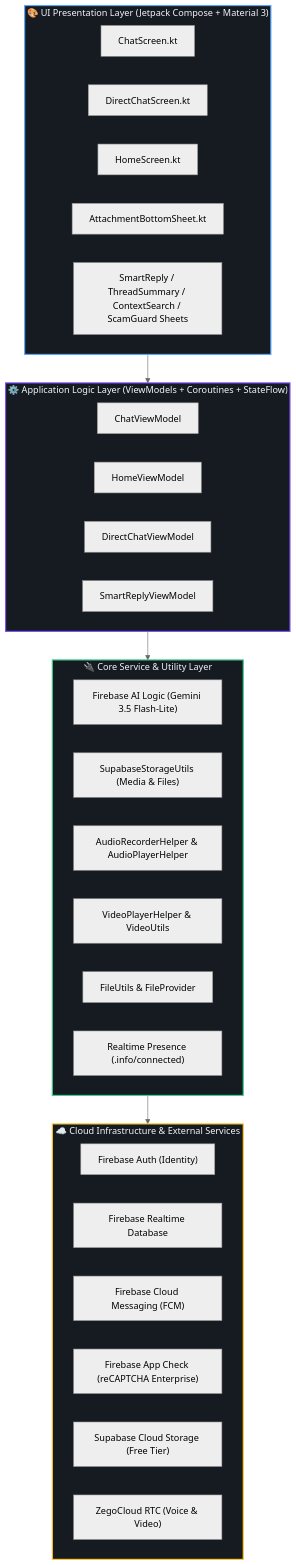
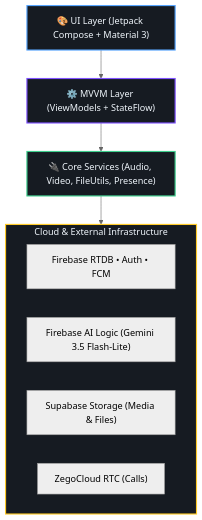
Before and after one commit to programmer-kunal/KChat: the second of 2 diagrams in README.md, drawn with Mermaid (neutral theme). The commit also changed other lines of this file, not shown here.

````diff
--- a/README.md
+++ b/README.md
@@ -411,44 +268,19 @@
 ```mermaid
 flowchart TD
-    subgraph UI_Layer["🎨 UI Presentation Layer (Jetpack Compose + Material 3)"]
-        ChatScreen["ChatScreen.kt"]
-        DirectChatScreen["DirectChatScreen.kt"]
-        HomeScreen["HomeScreen.kt"]
-        AttachmentSheet["AttachmentBottomSheet.kt"]
-        AISheet["SmartReply / ThreadSummary / ContextSearch / ScamGuard Sheets"]
+    UI["🎨 UI Layer (Jetpack Compose + Material 3)"] --> VM["⚙️ MVVM Layer (ViewModels + StateFlow)"]
+    VM --> CORE["🔌 Core Services (Audio, Video, FileUtils, Presence)"]
+    CORE --> CLOUD["☁️ Cloud & AI Services"]
+
+    subgraph CLOUD["Cloud & External Infrastructure"]
+        direction LR
+        FB["Firebase RTDB • Auth • FCM"]
+        AI["Firebase AI Logic (Gemini 3.5 Flash-Lite)"]
+        SUPA["Supabase Storage (Media & Files)"]
+        ZEGO["ZegoCloud RTC (Calls)"]
     end
 
-    subgraph MVVM_Layer["⚙️ Application Logic Layer (ViewModels + Coroutines + StateFlow)"]
-        ChatVM["ChatViewModel"]
-        HomeVM["HomeViewModel"]
-        DirectChatVM["DirectChatViewModel"]
-        SmartReplyVM["SmartReplyViewModel"]
-    end
-
-    subgraph Core_Services["🔌 Core Service & Utility Layer"]
-        FirebaseAI["Firebase AI Logic (Gemini 3.5 Flash-Lite)"]
-        SupabaseUtils["SupabaseStorageUtils (Media & Files)"]
-        AudioHelper["AudioRecorderHelper & AudioPlayerHelper"]
-        VideoHelper["VideoPlayerHelper & VideoUtils"]
-        FileHelper["FileUtils & FileProvider"]
-        PresenceManager["Realtime Presence (.info/connected)"]
-    end
-
-    subgraph Cloud_Infrastructure["☁️ Cloud Infrastructure & External Services"]
-        FB_Auth["Firebase Auth (Identity)"]
-        FB_RTDB["Firebase Realtime Database"]
-        FB_FCM["Firebase Cloud Messaging (FCM)"]
-        FB_AppCheck["Firebase App Check (reCAPTCHA Enterprise)"]
-        Supa_Storage["Supabase Cloud Storage (Free Tier)"]
-        Zego_RTC["ZegoCloud RTC (Voice & Video)"]
-    end
-
-    UI_Layer --> MVVM_Layer
-    MVVM_Layer --> Core_Services
-    Core_Services --> Cloud_Infrastructure
-
-    style UI_Layer fill:#161B22,stroke:#58A6FF,stroke-width:2px,color:#F0F6FC
-    style MVVM_Layer fill:#161B22,stroke:#7F52FF,stroke-width:2px,color:#F0F6FC
-    style Core_Services fill:#161B22,stroke:#3ECF8E,stroke-width:2px,color:#F0F6FC
-    style Cloud_Infrastructure fill:#161B22,stroke:#FFCA28,stroke-width:2px,color:#F0F6FC
+    style UI fill:#161B22,stroke:#58A6FF,stroke-width:2px,color:#F0F6FC
+    style VM fill:#161B22,stroke:#7F52FF,stroke-width:2px,color:#F0F6FC
+    style CORE fill:#161B22,stroke:#3ECF8E,stroke-width:2px,color:#F0F6FC
+    style CLOUD fill:#161B22,stroke:#FFCA28,stroke-width:2px,color:#F0F6FC
 ```
````
